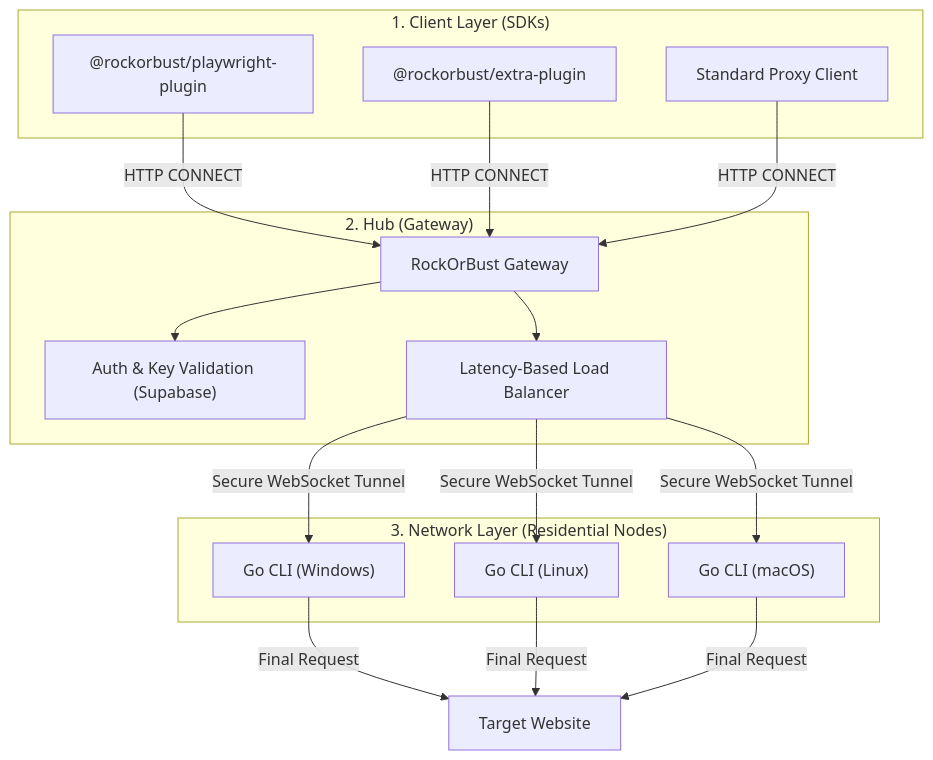
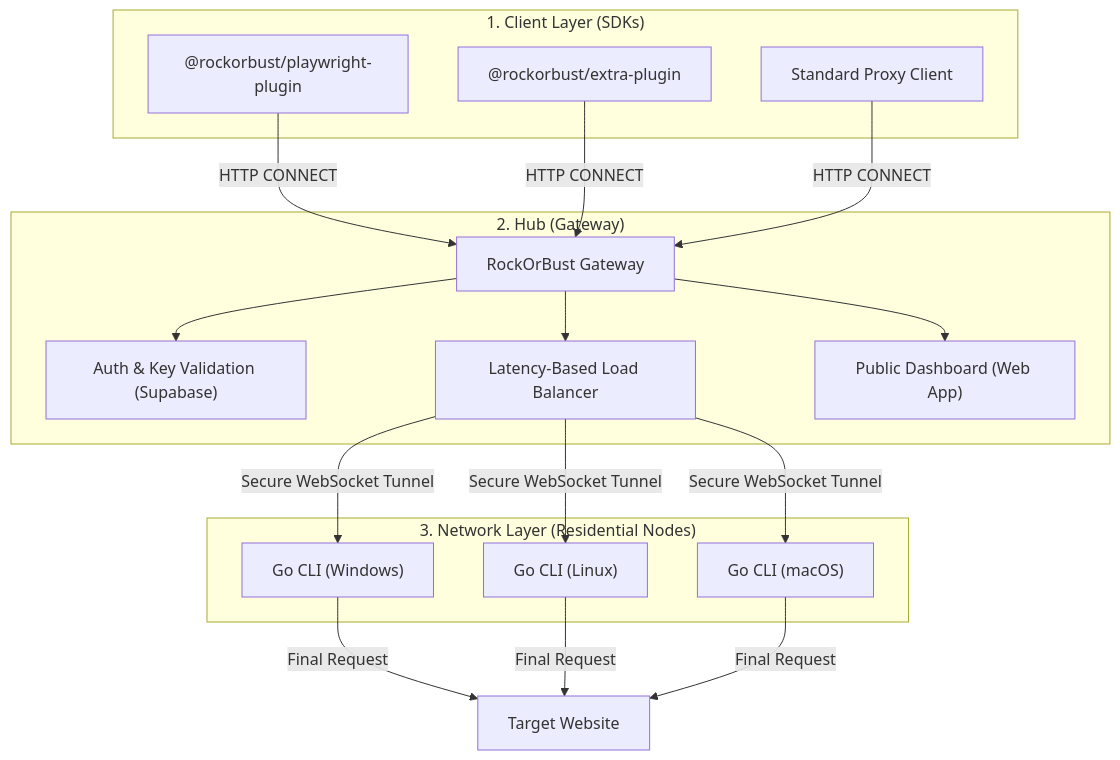
One commit to pratikpatwe/RockOrBust changed the diagram in README.md. Above: the diagram before and after it, drawn with Mermaid. The commit also changed other lines of this file, not shown here.

First line of the commit message:
docs: integrate web dashboard into root project documentation (#64)

````diff
--- a/README.md
+++ b/README.md
@@ -11,26 +11,28 @@
 ```mermaid
 graph TD
     subgraph "1. Client Layer (SDKs)"
         A1["@rockorbust/playwright-plugin"]
         A2["@rockorbust/extra-plugin"]
         A3["Standard Proxy Client"]
     end
 
     subgraph "2. Hub (Gateway)"
         B["RockOrBust Gateway"]
         B1["Auth & Key Validation (Supabase)"]
         B2["Latency-Based Load Balancer"]
+        B3["Public Dashboard (Web App)"]
         B --> B1
         B --> B2
+        B --> B3
     end
 
     subgraph "3. Network Layer (Residential Nodes)"
         C1["Go CLI (Windows)"]
         C2["Go CLI (Linux)"]
         C3["Go CLI (macOS)"]
     end
 
     A1 & A2 & A3 -- "HTTP CONNECT" --> B
     B2 -- "Secure WebSocket Tunnel" --> C1 & C2 & C3
     C1 & C2 & C3 -- "Final Request" --> D["Target Website"]
 ```
````
